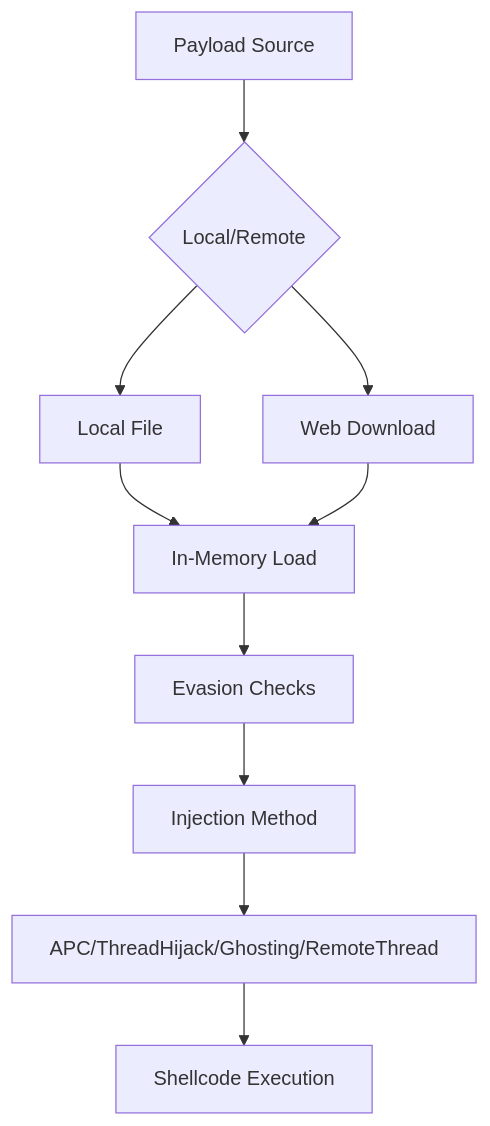
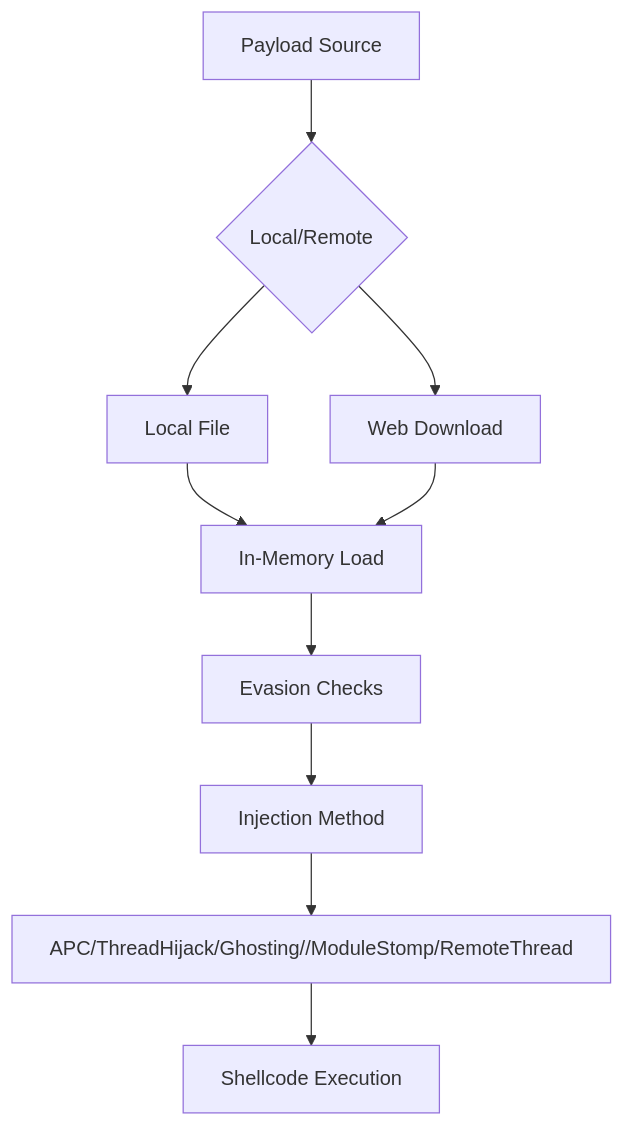
The first of 9 diagrams in README.md (MazX0p/PhantomInjector), drawn with Mermaid before and after one commit. The commit also changed other lines of this file, not shown here.

````diff
--- a/README.md
+++ b/README.md
@@ -32,12 +33,12 @@
 ```mermaid
 graph TD
     A[Payload Source] --> B{Local/Remote}
     B --> C[Local File]
     B --> D[Web Download]
     C --> E[In-Memory Load]
     D --> E
     E --> F[Evasion Checks]
     F --> G[Injection Method]
-    G --> H[APC/ThreadHijack/Ghosting/RemoteThread]
+    G --> H[APC/ThreadHijack/Ghosting//ModuleStomp/RemoteThread]
     H --> I[Shellcode Execution]
 ```
````
